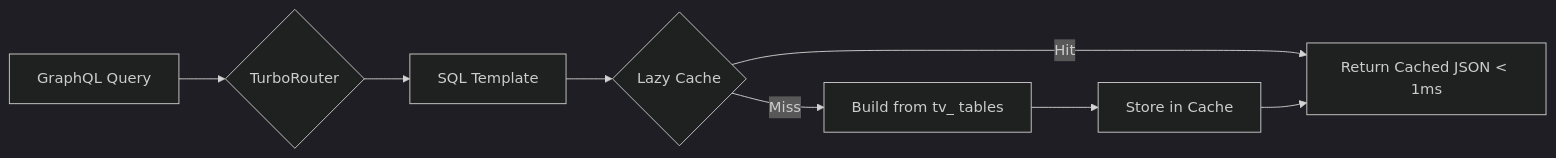
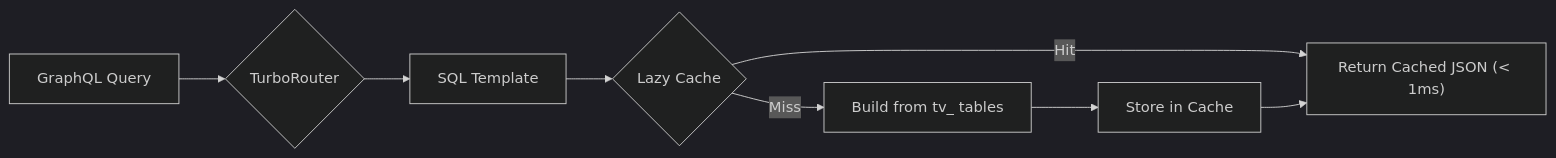
The second of 2 diagrams in docs/advanced/turbo-router.md (fraiseql/fraiseql), drawn with Mermaid (dark theme) before and after one commit.

Commit message:
docs: fix mermaid diagram syntax in turbo-router.md
- Escape angle bracket in mermaid node label to prevent parsing errors
- Change "< 1ms" to "(< 1ms)" with quotes for proper rendering

🤖 Generated with [Claude Code](https://claude.ai/code)

````diff
--- a/docs/advanced/turbo-router.md
+++ b/docs/advanced/turbo-router.md
@@ -685,10 +685,10 @@
 ```mermaid
 graph LR
     A[GraphQL Query] --> B{TurboRouter}
     B --> C[SQL Template]
     C --> D{Lazy Cache}
-    D -->|Hit| E[Return Cached JSON < 1ms]
+    D -->|Hit| E["Return Cached JSON (< 1ms)"]
     D -->|Miss| F[Build from tv_ tables]
     F --> G[Store in Cache]
     G --> E
 ```
````
